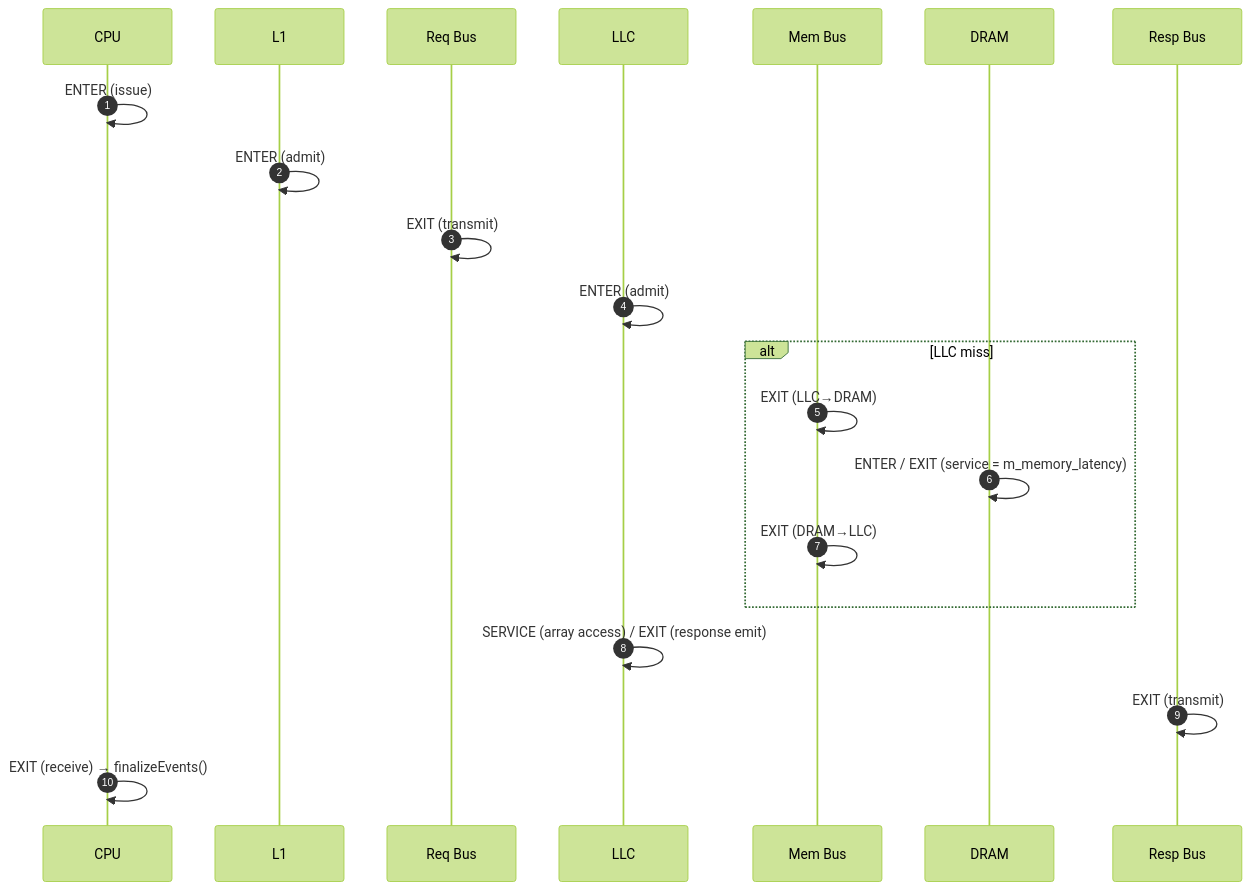
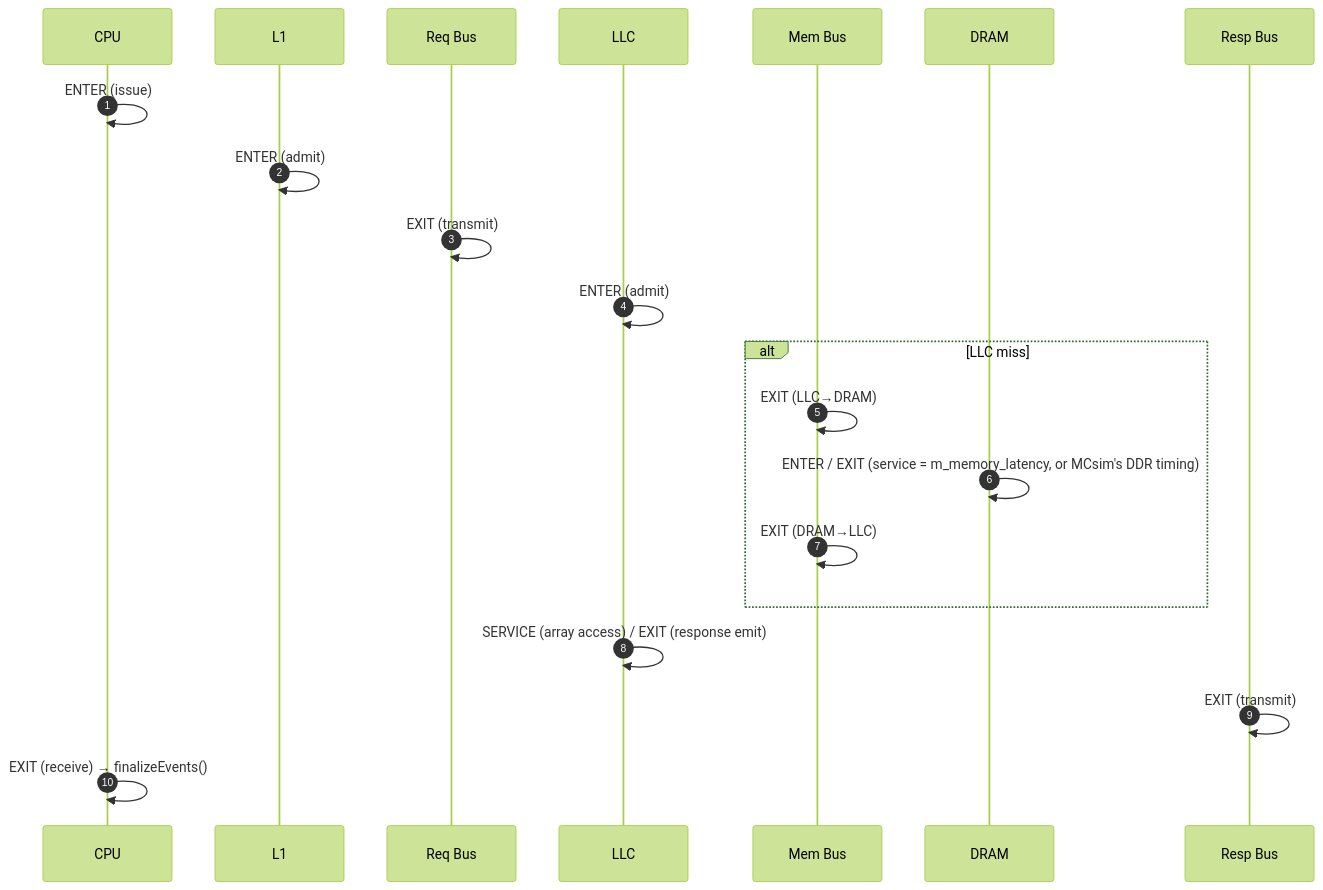
Before and after one commit to FanosResearch/OctopusSimulator: the second of 2 diagrams in docs/Logger.md, drawn with Mermaid (forest theme). The commit also changed other lines of this file and 77 other files, not shown here.

````diff
--- a/docs/Logger.md
+++ b/docs/Logger.md
@@ -96,23 +97,23 @@
 ```mermaid
 sequenceDiagram
     autonumber
     participant CPU
     participant L1
     participant RB as Req Bus
     participant LLC
     participant MB as Mem Bus
     participant DR as DRAM
     participant RSB as Resp Bus
     CPU->>CPU: ENTER (issue)
     L1->>L1: ENTER (admit)
     RB->>RB: EXIT (transmit)
     LLC->>LLC: ENTER (admit)
     alt LLC miss
         MB->>MB: EXIT (LLC→DRAM)
-        DR->>DR: ENTER / EXIT (service = m_memory_latency)
+        DR->>DR: ENTER / EXIT (service = m_memory_latency, or MCsim's DDR timing)
         MB->>MB: EXIT (DRAM→LLC)
     end
     LLC->>LLC: SERVICE (array access) / EXIT (response emit)
     RSB->>RSB: EXIT (transmit)
     CPU->>CPU: EXIT (receive) → finalizeEvents()
 ```
````
